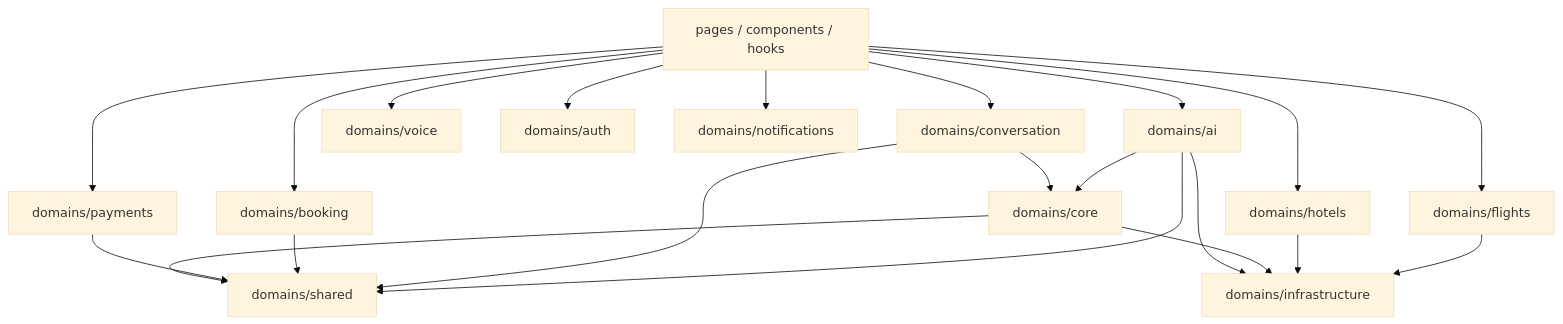
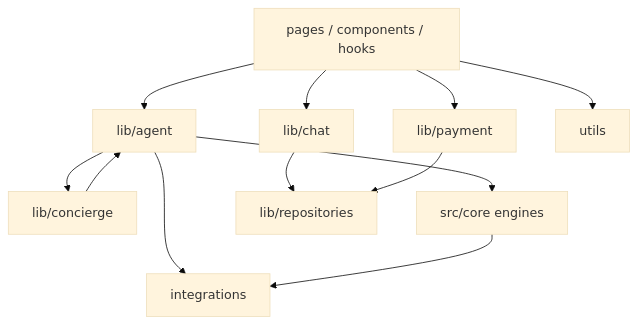
Before and after one commit to SamiAlamoudi/rahhal-ai-platform: the diagram in DEPENDENCY_GRAPH.md, drawn with Mermaid (base theme). The commit also changed other lines of this file and 17 other files, not shown here.

First line of the commit message:
docs: consolidate documentation and refresh architecture SoT

````diff
--- a/DEPENDENCY_GRAPH.md
+++ b/DEPENDENCY_GRAPH.md
@@ -13,38 +13,25 @@
 ```mermaid
 flowchart TB
   UI[pages / components / hooks]
-  D_AI[domains/ai]
-  D_CONV[domains/conversation]
-  D_VOICE[domains/voice]
-  D_BOOK[domains/booking]
-  D_FLIGHT[domains/flights]
-  D_HOTEL[domains/hotels]
-  D_PAY[domains/payments]
-  D_AUTH[domains/auth]
-  D_NOTIF[domains/notifications]
-  SHARED[domains/shared]
-  CORE[domains/core]
-  INFRA[domains/infrastructure]
+  AGENT[lib/agent]
+  CHAT[lib/chat]
+  CONCIERGE[lib/concierge]
+  PAY[lib/payment]
+  CORE[src/core engines]
+  INTEG[integrations]
+  UTILS[utils]
+  REPOS[lib/repositories]
 
-  UI --> D_AI
-  UI --> D_CONV
-  UI --> D_VOICE
-  UI --> D_BOOK
-  UI --> D_FLIGHT
-  UI --> D_HOTEL
-  UI --> D_PAY
-  UI --> D_AUTH
-  UI --> D_NOTIF
+  UI --> AGENT
+  UI --> CHAT
+  UI --> PAY
+  UI --> UTILS
 
-  D_AI --> SHARED
-  D_AI --> CORE
-  D_CONV --> SHARED
-  D_CONV --> CORE
-  D_BOOK --> SHARED
-  D_PAY --> SHARED
-  D_FLIGHT --> INFRA
-  D_HOTEL --> INFRA
-  CORE --> SHARED
-  CORE --> INFRA
-  D_AI --> INFRA
+  AGENT --> CONCIERGE
+  AGENT --> CORE
+  AGENT --> INTEG
+  CHAT --> REPOS
+  CONCIERGE --> AGENT
+  PAY --> REPOS
+  CORE --> INTEG
 ```
````
